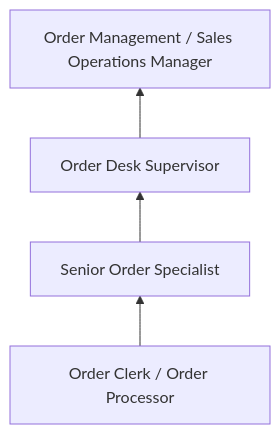
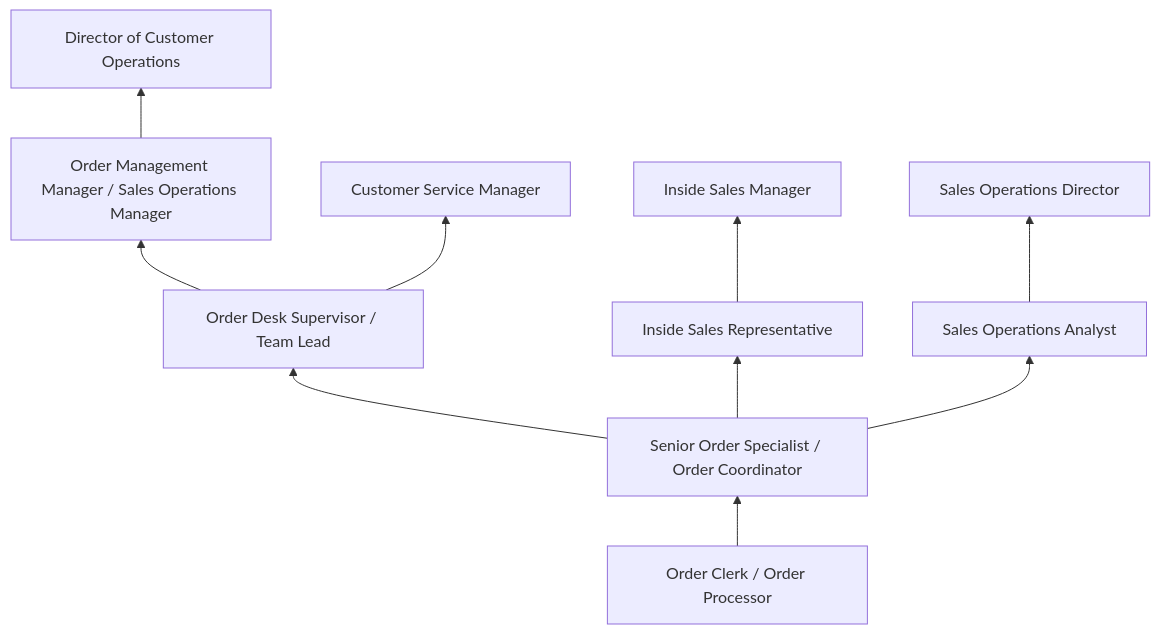
One commit to kziemski/business.org.ai changed the third of 4 diagrams in occupations/Administrative/OrderClerks.mdx. Above: the diagram before and after it, drawn with Mermaid. The commit also changed other lines of this file and 19 other files, not shown here.

````diff
--- a/occupations/Administrative/OrderClerks.mdx
+++ b/occupations/Administrative/OrderClerks.mdx
@@ -74,6 +136,15 @@
 ```mermaid
 graph BT
-    Entry["Order Clerk / Order Processor"] --> Mid["Senior Order Specialist"]
-    Mid --> Lead["Order Desk Supervisor"]
-    Lead --> Manager["Order Management / Sales Operations Manager"]
+    Entry["Order Clerk / Order Processor"] --> Mid["Senior Order Specialist / Order Coordinator"]
+    Mid --> Lead["Order Desk Supervisor / Team Lead"]
+    Lead --> Manager["Order Management Manager / Sales Operations Manager"]
+    Manager --> Director["Director of Customer Operations"]
+
+    Mid --> Inside["Inside Sales Representative"]
+    Inside --> SalesMgr["Inside Sales Manager"]
+
+    Mid --> Analyst["Sales Operations Analyst"]
+    Analyst --> AnalystMgr["Sales Operations Director"]
+
+    Lead --> CSMgr["Customer Service Manager"]
 ```
````
